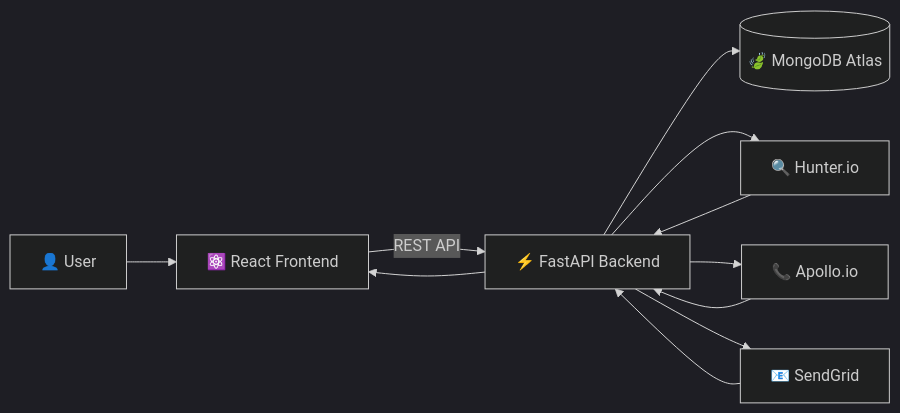
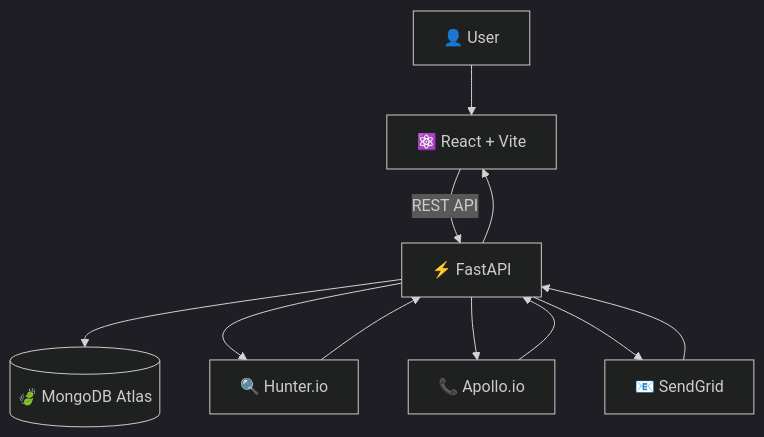
Before and after one commit to sakshi-harikant/LeadGeneration: the second of 2 diagrams in README.md, drawn with Mermaid (dark theme). The commit also changed other lines of this file, not shown here.

````diff
--- a/README.md
+++ b/README.md
@@ -184,28 +257,28 @@
 ```mermaid
-flowchart LR
+graph TD
 
     U[👤 User]
 
-    FE[⚛️ React Frontend]
-    API[⚡ FastAPI Backend]
+    FE[⚛️ React + Vite]
+    API[⚡ FastAPI]
     DB[(🍃 MongoDB Atlas)]
 
     H[🔍 Hunter.io]
     A[📞 Apollo.io]
-    S[📧 SendGrid]
+    SG[📧 SendGrid]
 
     U --> FE
     FE -->|REST API| API
 
     API --> DB
 
     API --> H
     API --> A
-    API --> S
+    API --> SG
 
     H --> API
     A --> API
-    S --> API
+    SG --> API
 
     API --> FE
 ```
````
